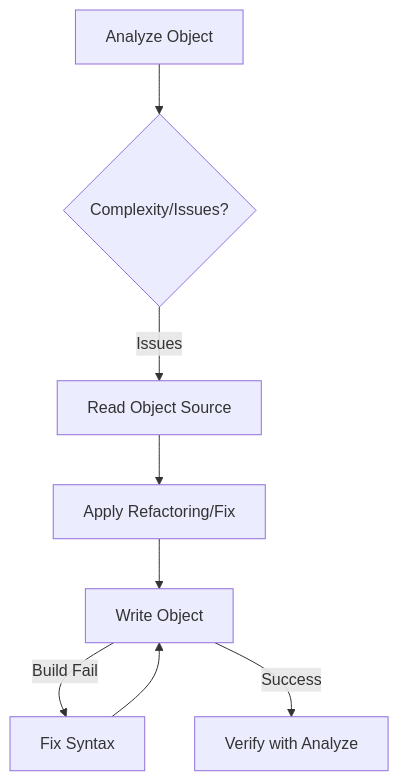
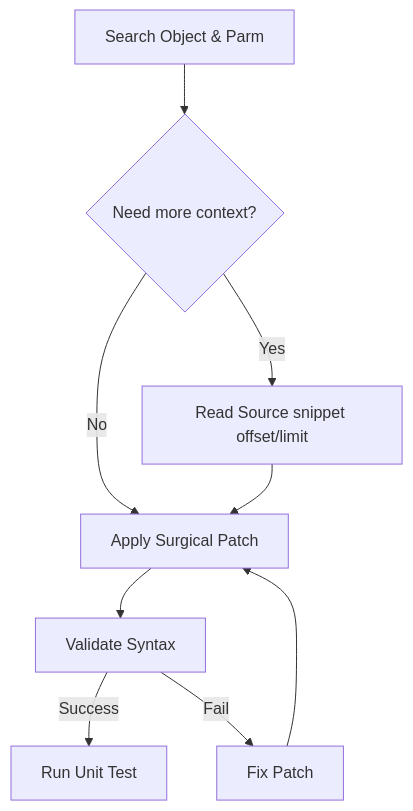
Before and after one commit to mukasc/Genexus18MCP: the diagram in .gemini/skills/genexus-mastery/SKILL.md, drawn with Mermaid. The commit also changed other lines of this file and 1 other file, not shown here.

````diff
--- a/.gemini/skills/genexus-mastery/SKILL.md
+++ b/.gemini/skills/genexus-mastery/SKILL.md
@@ -56,10 +35,11 @@
 ```mermaid
 graph TD
-    A[Analyze Object] --> B{Complexity/Issues?}
-    B -- Issues --> C[Read Object Source]
-    C --> D[Apply Refactoring/Fix]
-    D --> E[Write Object]
-    E -- Build Fail --> F[Fix Syntax]
-    F --> E
-    E -- Success --> G[Verify with Analyze]
+    A[Search Object & Parm] --> B{Need more context?}
+    B -- Yes --> C[Read Source snippet offset/limit]
+    B -- No --> D[Apply Surgical Patch]
+    C --> D
+    D --> E[Validate Syntax]
+    E -- Success --> F[Run Unit Test]
+    E -- Fail --> G[Fix Patch]
+    G --> D
 ```
````
